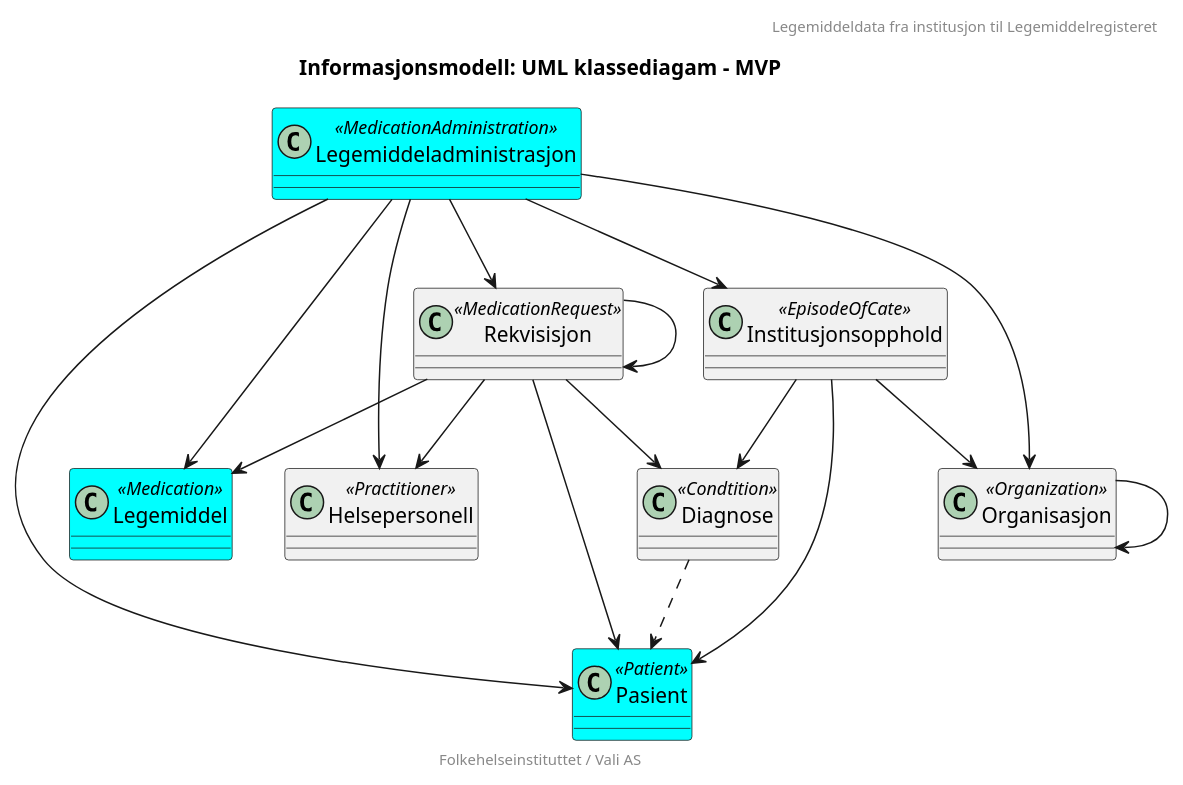
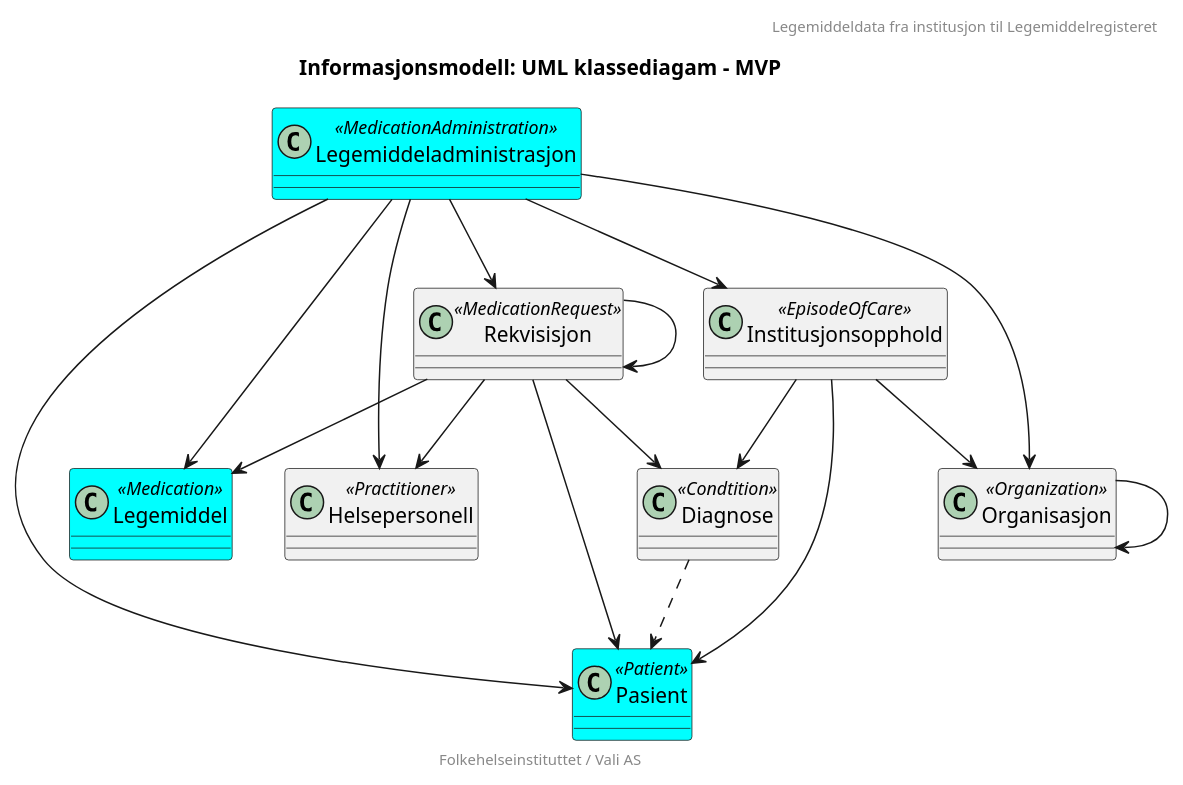
Before and after one commit to HL7Norway/LMDI: the diagram in LMDI/input/images/informasjonsmodell-enkel.plantuml, drawn with PlantUML.

```diff
--- a/LMDI/input/images/informasjonsmodell-enkel.plantuml
+++ b/LMDI/input/images/informasjonsmodell-enkel.plantuml
@@ -1,51 +1,51 @@
 @startuml
 
 header "Legemiddeldata fra institusjon til Legemiddelregisteret"
 title "Informasjonsmodell: UML klassediagam - MVP"
 footer "Folkehelseinstituttet / Vali AS"
 
 class Pasient <<Patient>> #cyan {
 }
 
 class Legemiddeladministrasjon <<MedicationAdministration>> #cyan {
 }
 
 Legemiddeladministrasjon --> Legemiddel 
 Legemiddeladministrasjon --> Pasient
 Legemiddeladministrasjon --> Helsepersonell
 Legemiddeladministrasjon --> Organisasjon
 Legemiddeladministrasjon --> Rekvisisjon
 Legemiddeladministrasjon --> Institusjonsopphold
 
 class Legemiddel <<Medication>> #cyan {
 }
 
 class Helsepersonell <<Practitioner>> {
 }
 class Organisasjon <<Organization>> {
 }
 
 Organisasjon --> Organisasjon
 
-class Institusjonsopphold <<EpisodeOfCate>> {
+class Institusjonsopphold <<EpisodeOfCare>> {
 }
 
 Institusjonsopphold --> Pasient
 Institusjonsopphold --> Organisasjon
 Institusjonsopphold --> Diagnose
 
 class Diagnose <<Condtition>> {
 }
 
 Diagnose ..> Pasient
 
 class Rekvisisjon <<MedicationRequest>> {
 }
 
 Rekvisisjon --> Diagnose
 Rekvisisjon --> Legemiddel
 Rekvisisjon --> Pasient
 Rekvisisjon --> Helsepersonell
 Rekvisisjon --> Rekvisisjon
 
 @enduml
```
